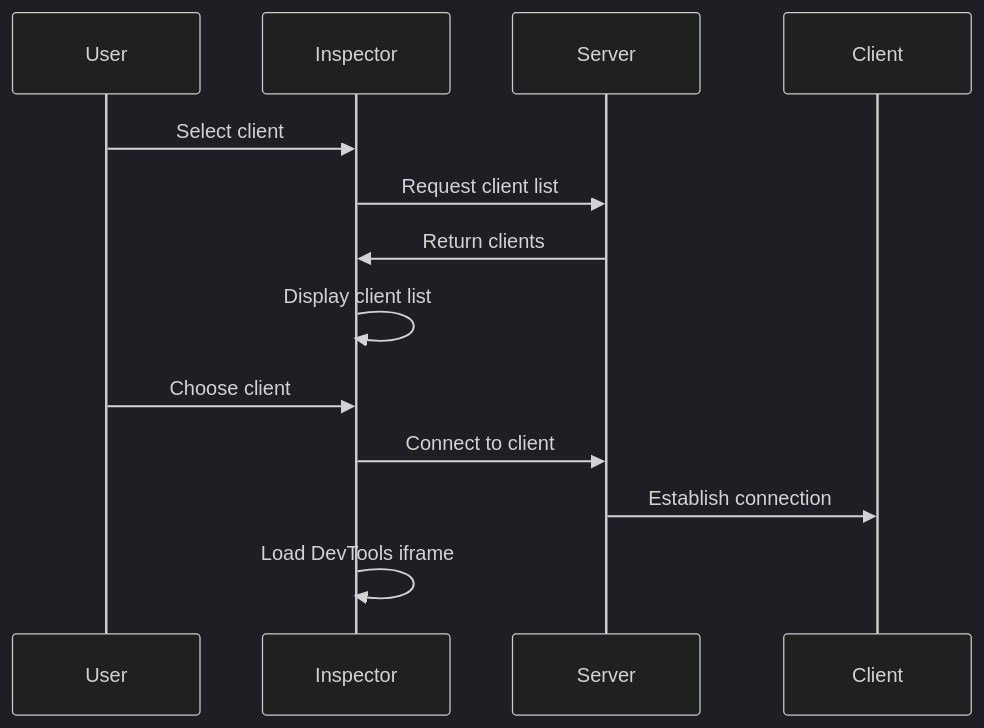
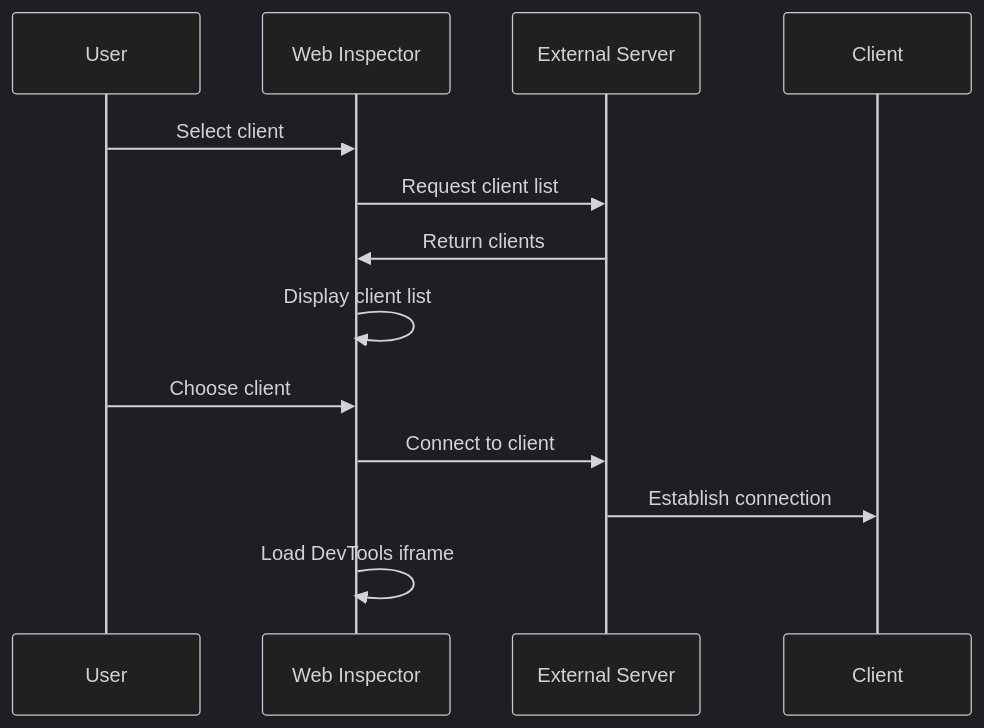
The fourth of 6 diagrams in document/docs/en/architecture/inspector.md (ohah/chrome-remote-devtools), drawn with Mermaid (dark theme) before and after one commit. The commit also changed other lines of this file and 19 other files, not shown here.

First line of the commit message:
docs(docs): add React Native CDP domains and update architecture documentation

````diff
--- a/document/docs/en/architecture/inspector.md
+++ b/document/docs/en/architecture/inspector.md
@@ -31,16 +49,16 @@
 ```mermaid
 sequenceDiagram
     participant U as User
-    participant I as Inspector
-    participant S as Server
+    participant I as Web Inspector
+    participant S as External Server
     participant C as Client
 
     U->>I: Select client
     I->>S: Request client list
     S->>I: Return clients
     I->>I: Display client list
     U->>I: Choose client
     I->>S: Connect to client
     S->>C: Establish connection
     I->>I: Load DevTools iframe
 ```
````
